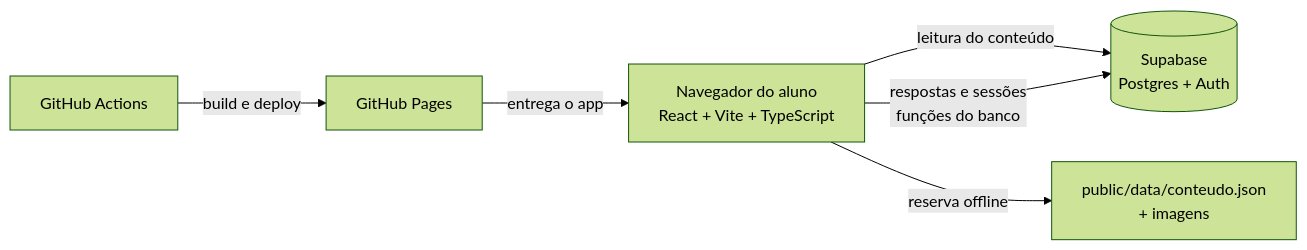
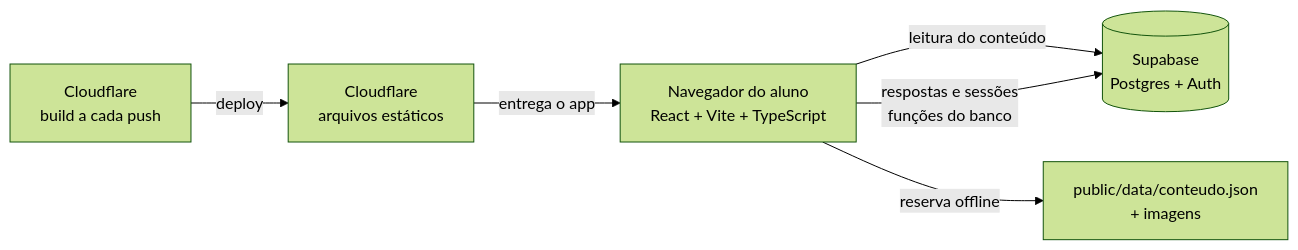
Before and after one commit to LMelonio/Pense: the first of 4 diagrams in PENSE_FUNCIONAMENTO.md, drawn with Mermaid (forest theme). The commit also changed other lines of this file and 6 other files, not shown here.

````diff
--- a/PENSE_FUNCIONAMENTO.md
+++ b/PENSE_FUNCIONAMENTO.md
@@ -47,8 +47,8 @@
 ```mermaid
 flowchart LR
   A[Navegador do aluno<br/>React + Vite + TypeScript] -- leitura do conteúdo --> B[(Supabase<br/>Postgres + Auth)]
   A -- respostas e sessões<br/>funções do banco --> B
   A -- reserva offline --> C[public/data/conteudo.json<br/>+ imagens]
-  D[GitHub Actions] -- build e deploy --> E[GitHub Pages]
+  D[Cloudflare<br/>build a cada push] -- deploy --> E[Cloudflare<br/>arquivos estáticos]
   E -- entrega o app --> A
 ```
````
